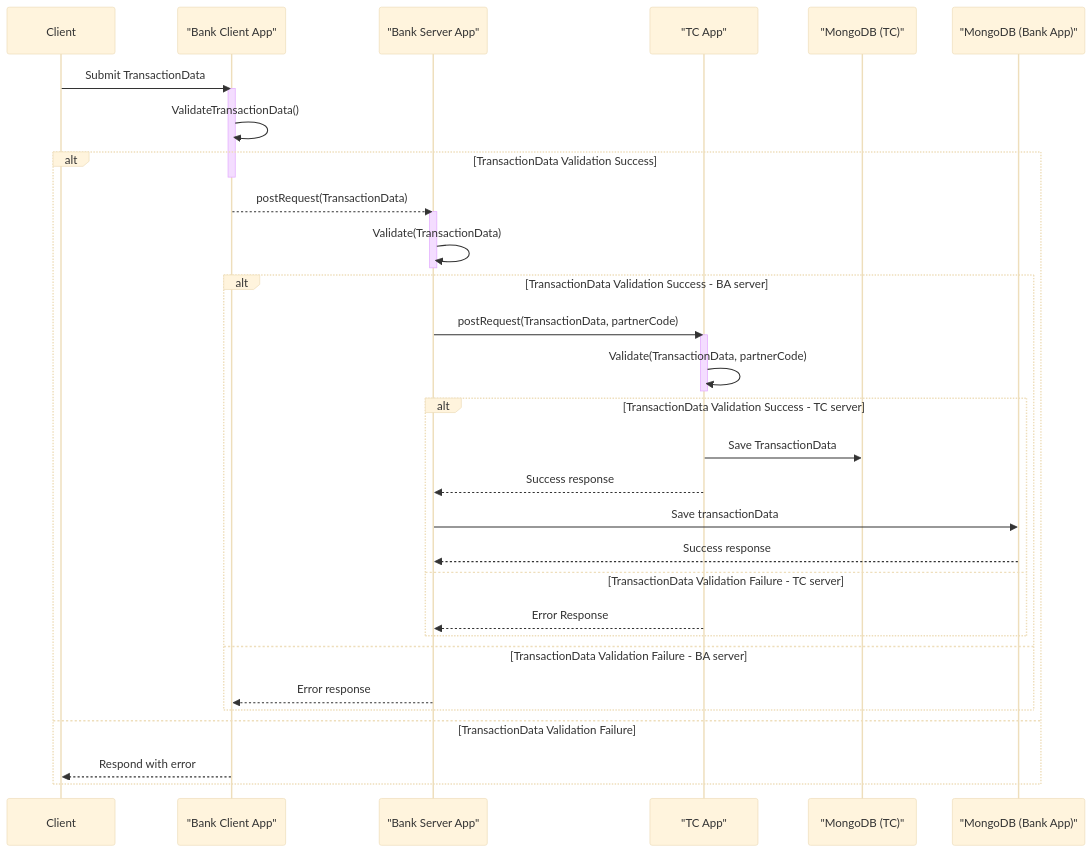
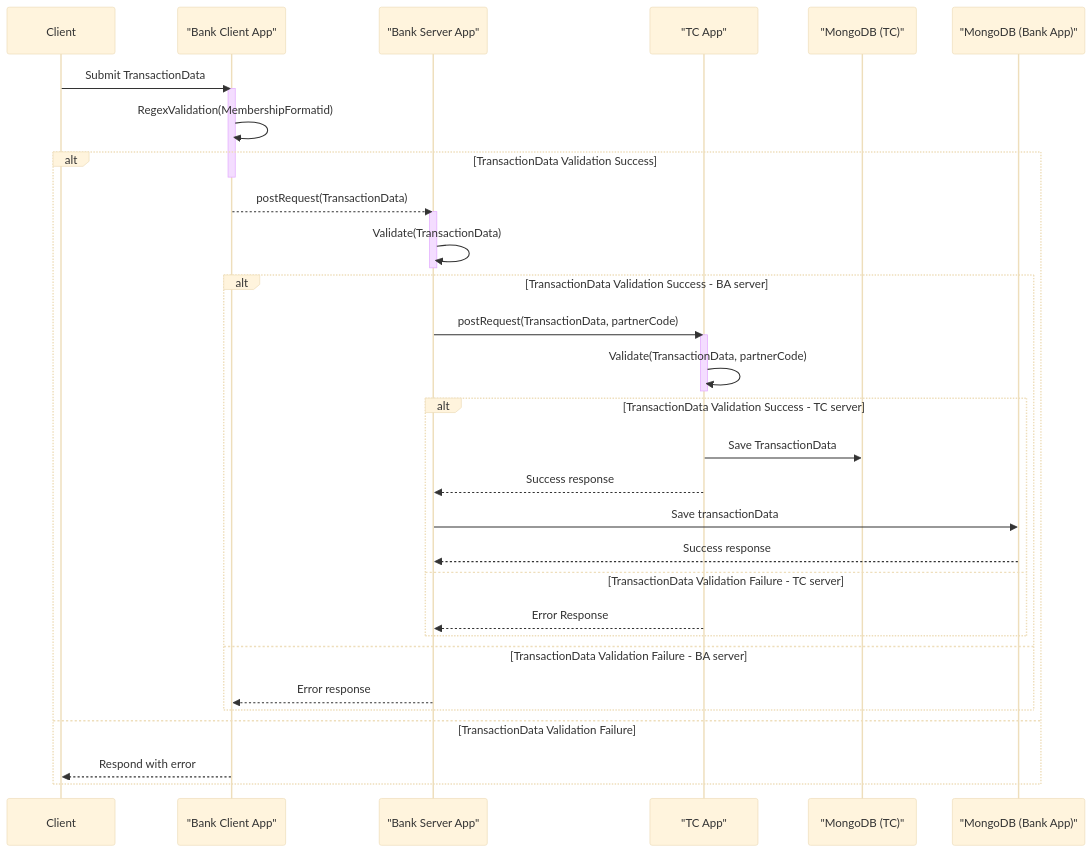
Diagram 13 of 16 in UML Class Diagrams/mvcClass.md (Sean2309/50.003_ESC_Project), drawn with Mermaid (base theme) before and after one commit. The commit also changed other lines of this file, not shown here.

Commit message:
fix: changes to sequence diagrams

````diff
--- a/UML Class Diagrams/mvcClass.md
+++ b/UML Class Diagrams/mvcClass.md
@@ -451,49 +451,49 @@
 ```mermaid
 sequenceDiagram
 
 participant Client as Client
 participant BankClientApp as "Bank Client App"
 participant BankServerApp as "Bank Server App"
 participant TCApp as "TC App"
 participant MongoDBTC as "MongoDB (TC)"
 participant MongoDBBank as "MongoDB (Bank App)"
 
 Client->>BankClientApp: Submit TransactionData
 activate BankClientApp
 
-BankClientApp ->> BankClientApp: ValidateTransactionData()
+BankClientApp ->> BankClientApp: RegexValidation(MembershipFormatid)
 alt TransactionData Validation Success
     deactivate BankClientApp
 
     BankClientApp -->> BankServerApp: postRequest(TransactionData)
     activate BankServerApp
 
     BankServerApp ->> BankServerApp: Validate(TransactionData)
     deactivate BankServerApp
 
     alt TransactionData Validation Success - BA server
         BankServerApp ->> TCApp: postRequest(TransactionData, partnerCode)
         activate TCApp
         TCApp ->> TCApp: Validate(TransactionData, partnerCode)
         deactivate TCApp
 
         alt TransactionData Validation Success - TC server
             TCApp ->> MongoDBTC: Save TransactionData
             TCApp -->> BankServerApp: Success response 
             
             BankServerApp ->> MongoDBBank: Save transactionData
            
             MongoDBBank -->> BankServerApp: Success response
         else TransactionData Validation Failure - TC server
             TCApp -->> BankServerApp: Error Response
         end
 
        
     else TransactionData Validation Failure - BA server
         BankServerApp -->> BankClientApp: Error response
     end
 else TransactionData Validation Failure
     BankClientApp -->> Client: Respond with error
 end
 
 ```
````
